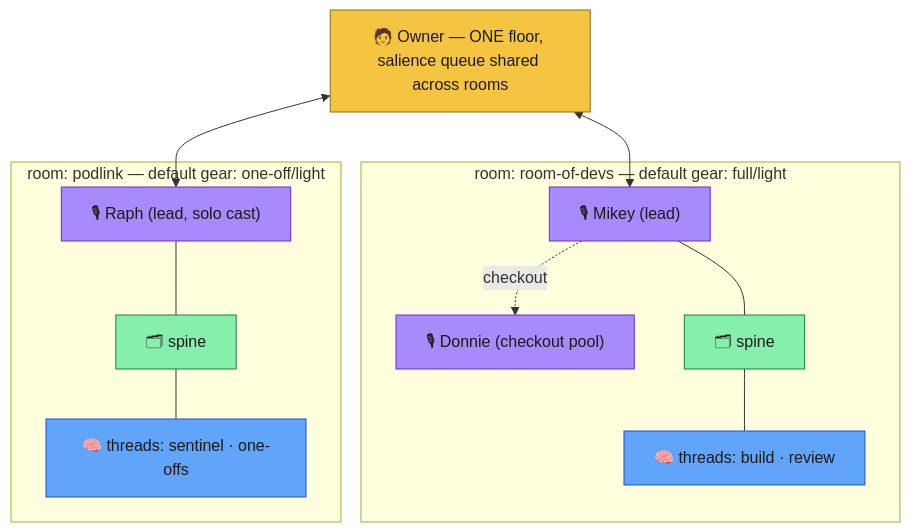
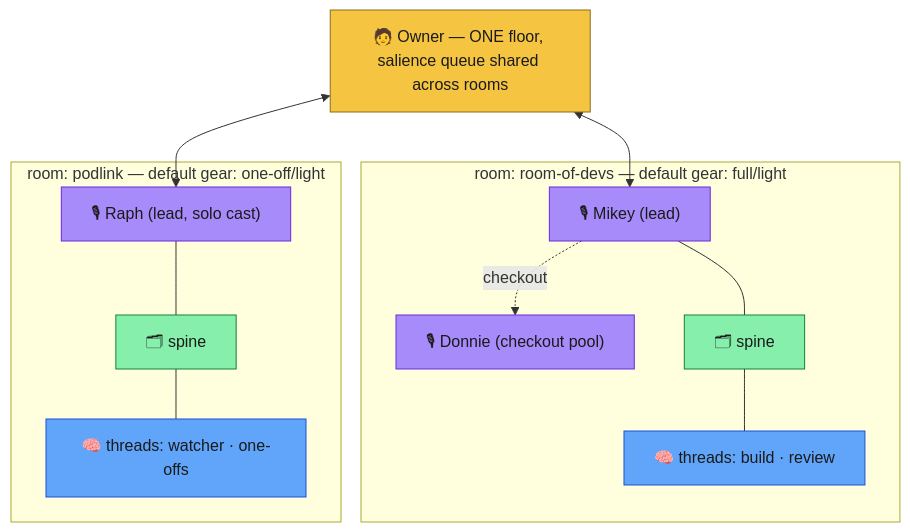
Before and after one commit to dougiefresh49/room-of-devs: the first of 4 diagrams in docs/active/architecture-concepts/05-rooms-brains-sentinels.md, drawn with Mermaid. The commit also changed other lines of this file and 2 other files, not shown here.

First line of the commit message:
docs(#73): fold in George's review — rooms as manifest, routing-table brains, sentinel→watcher + spine gate, 08-spine-mechanics; spine validation experiment queued in STATUS

````diff
--- a/docs/active/architecture-concepts/05-rooms-brains-sentinels.md
+++ b/docs/active/architecture-concepts/05-rooms-brains-sentinels.md
@@ -15,30 +19,30 @@
 ```mermaid
 flowchart TB
   classDef owner fill:#f5c542,stroke:#8a6d1a,color:#1a1a1a
   classDef voice fill:#a78bfa,stroke:#6d28d9,color:#1a1a1a
   classDef orch fill:#60a5fa,stroke:#1d4ed8,color:#1a1a1a
   classDef worker fill:#5eead4,stroke:#0f766e,color:#1a1a1a,stroke-dasharray:5 4
   classDef memory fill:#86efac,stroke:#15803d,color:#1a1a1a
   classDef plumbing fill:#d4d4d8,stroke:#71717a,color:#1a1a1a
 
   O["🧑 Owner — ONE floor, salience queue shared across rooms"]:::owner
 
   subgraph R1["room: room-of-devs — default gear: full/light"]
     M1["🎙 Mikey (lead)"]:::voice
     D1["🎙 Donnie (checkout pool)"]:::voice
     S1["🗂 spine"]:::memory
     T1["🧠 threads: build · review"]:::orch
     M1 --- S1 --- T1
   end
 
   subgraph R2["room: podlink — default gear: one-off/light"]
     RA["🎙 Raph (lead, solo cast)"]:::voice
     S2["🗂 spine"]:::memory
-    T2["🧠 threads: sentinel · one-offs"]:::orch
+    T2["🧠 threads: watcher · one-offs"]:::orch
     RA --- S2 --- T2
   end
 
   O <--> M1
   O <--> RA
   M1 -. checkout .-> D1
 ```
````
